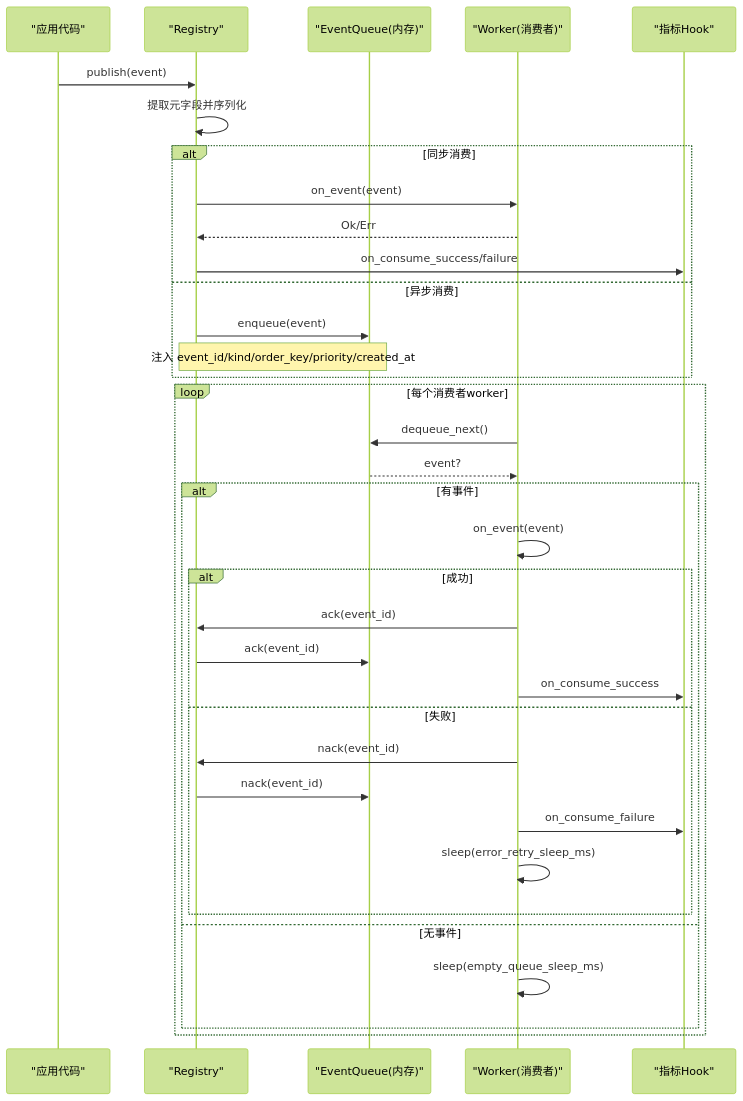
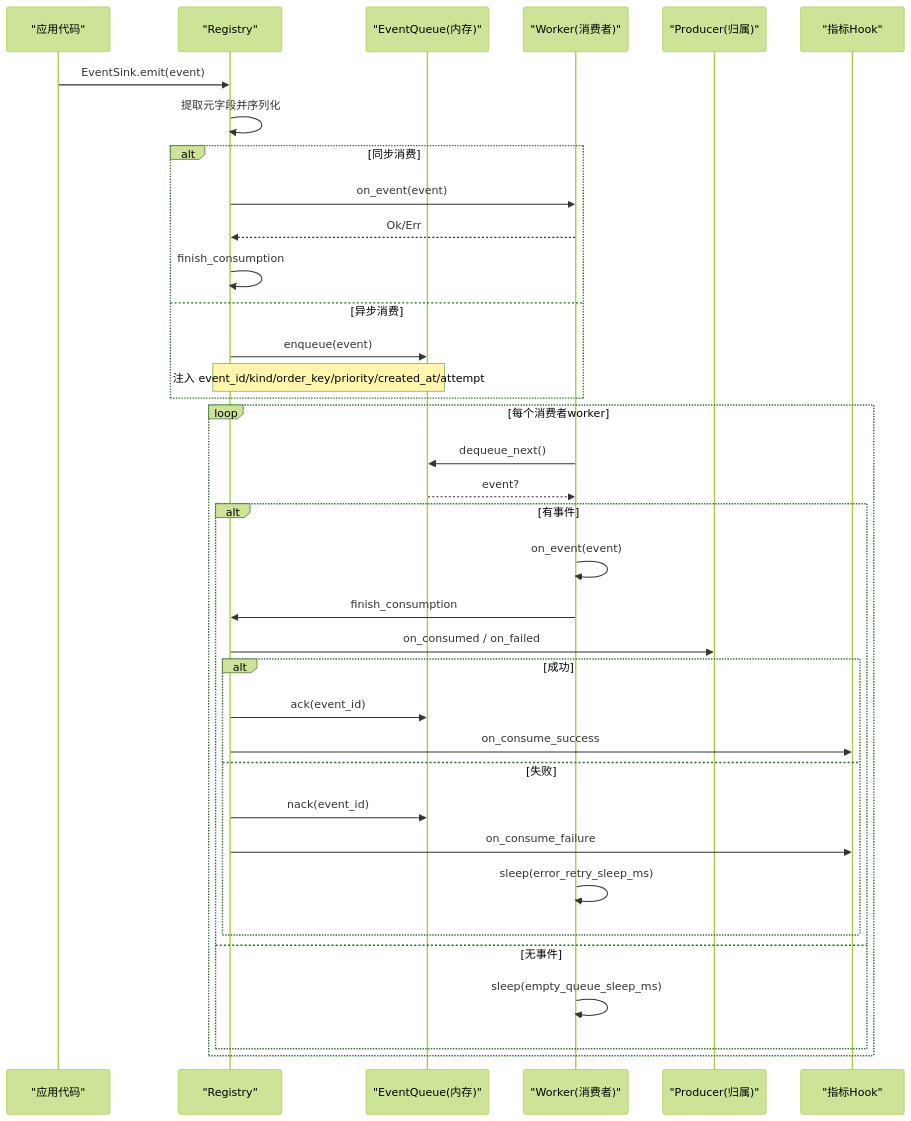
One commit to runningcoders/ai_orz changed the second of 5 diagrams in docs/wiki/zh/content/基础设施/AOP 事件系统/AOP 核心架构/注册中心与调度器.md. Above: the diagram before and after it, drawn with Mermaid (forest theme). The commit also changed other lines of this file and 37 other files, not shown here.

````diff
--- a/docs/wiki/zh/content/基础设施/AOP 事件系统/AOP 核心架构/注册中心与调度器.md
+++ b/docs/wiki/zh/content/基础设施/AOP 事件系统/AOP 核心架构/注册中心与调度器.md
@@ -89,37 +101,38 @@
 ```mermaid
 sequenceDiagram
 participant App as "应用代码"
 participant Reg as "Registry"
 participant Q as "EventQueue(内存)"
 participant W as "Worker(消费者)"
+participant PR as "Producer(归属)"
 participant Hook as "指标Hook"
-App->>Reg : publish(event)
+App->>Reg : EventSink.emit(event)
 Reg->>Reg : 提取元字段并序列化
 alt 同步消费
 Reg->>W : on_event(event)
 W-->>Reg : Ok/Err
-Reg->>Hook : on_consume_success/failure
+Reg->>Reg : finish_consumption
 else 异步消费
 Reg->>Q : enqueue(event)
-Note over Reg,Q : 注入 event_id/kind/order_key/priority/created_at
+Note over Reg,Q : 注入 event_id/kind/order_key/priority/created_at/attempt
 end
 loop 每个消费者worker
 W->>Q : dequeue_next()
 Q-->>W : event?
 alt 有事件
 W->>W : on_event(event)
+W->>Reg : finish_consumption
+Reg->>PR : on_consumed / on_failed
 alt 成功
-W->>Reg : ack(event_id)
 Reg->>Q : ack(event_id)
-W->>Hook : on_consume_success
+Reg->>Hook : on_consume_success
 else 失败
-W->>Reg : nack(event_id)
 Reg->>Q : nack(event_id)
-W->>Hook : on_consume_failure
+Reg->>Hook : on_consume_failure
 W->>W : sleep(error_retry_sleep_ms)
 end
 else 无事件
 W->>W : sleep(empty_queue_sleep_ms)
 end
 end
 ```
````
